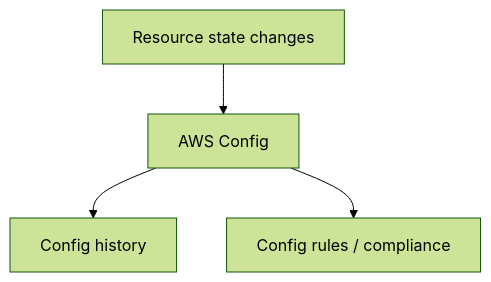
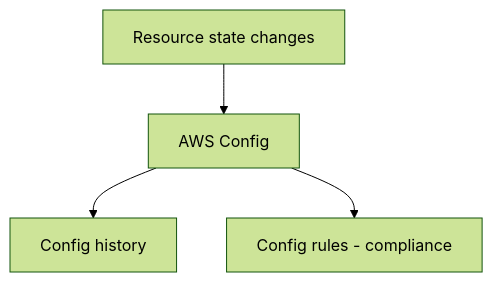
The second of 3 diagrams in aws-saa/week01-domain01-secure-architectures/day03/01-theory.md (niceguy61/aws-saa-lecture-2026), drawn with Mermaid (forest theme) before and after one commit. The commit also changed other lines of this file and 9 other files, not shown here.

Commit message:
Normalize mermaid labels to avoid special-char parse issues

````diff
--- a/aws-saa/week01-domain01-secure-architectures/day03/01-theory.md
+++ b/aws-saa/week01-domain01-secure-architectures/day03/01-theory.md
@@ -48,6 +48,6 @@
 ```mermaid
 flowchart TB
   R[Resource state changes] --> CFG[AWS Config]
   CFG --> HIST[Config history]
-  CFG --> RULES[Config rules / compliance]
+  CFG --> RULES[Config rules - compliance]
 ```
````
